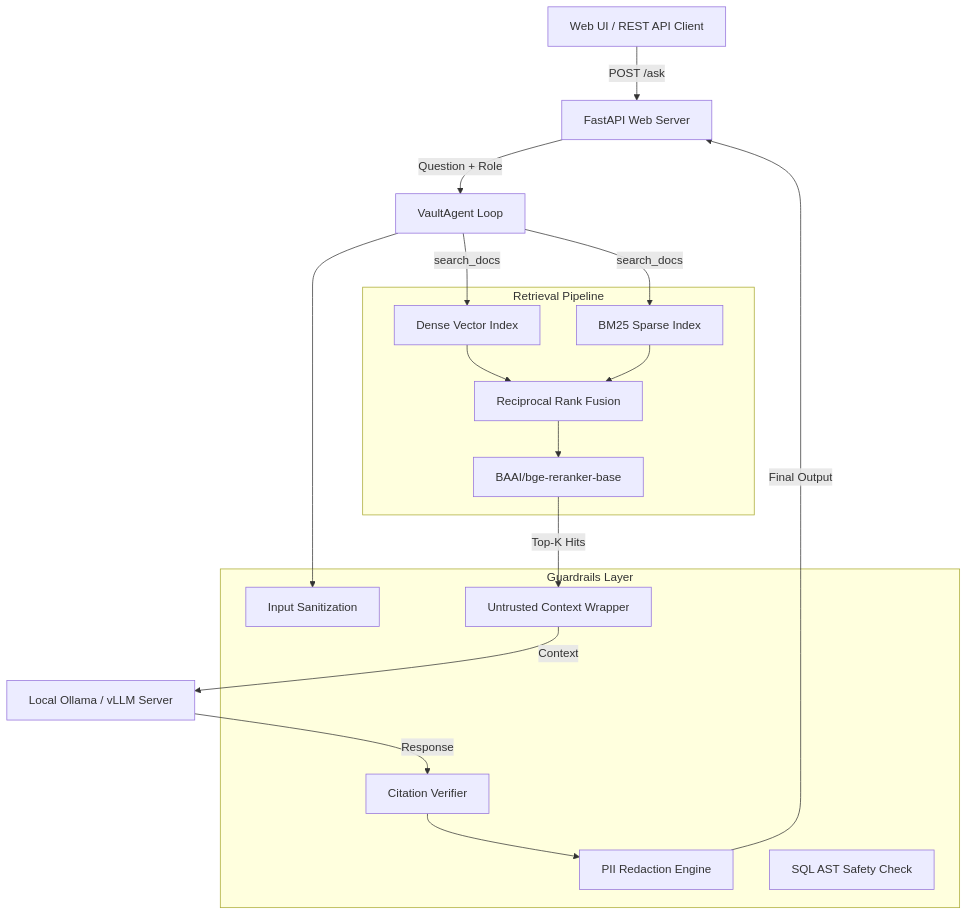
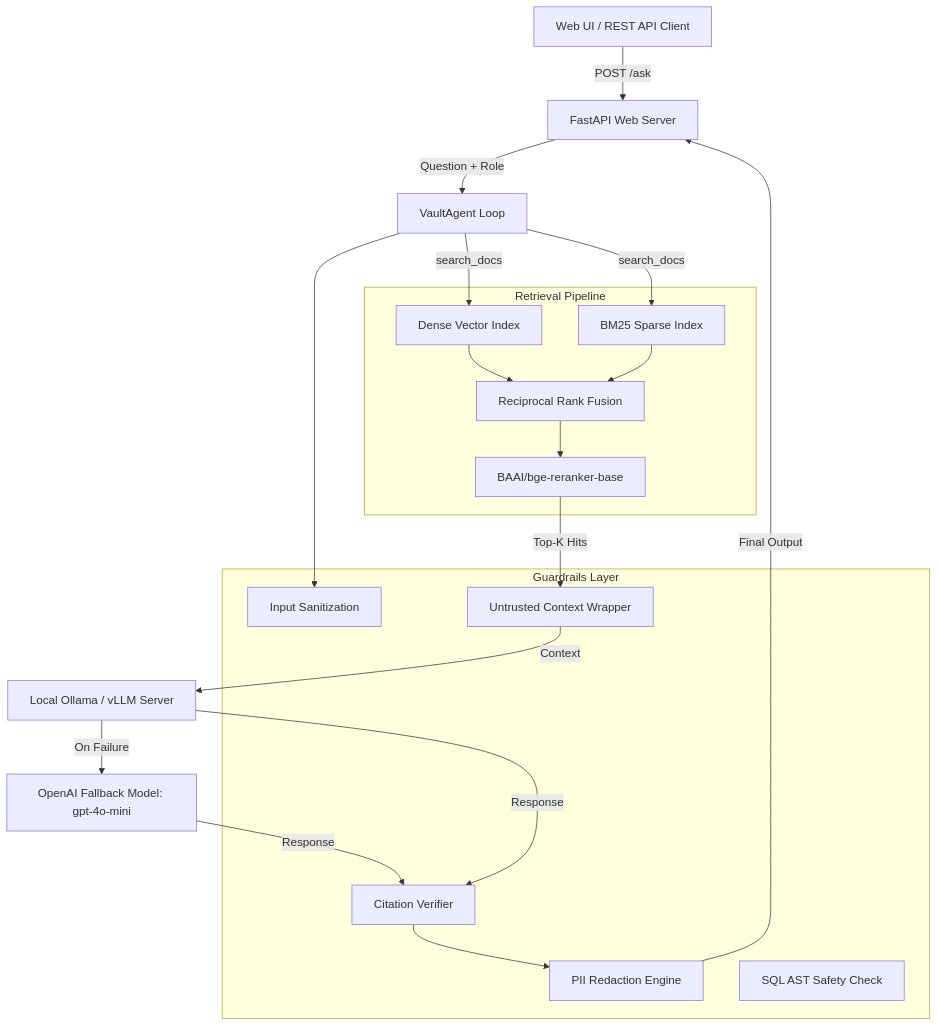
One commit to naakaarafr/Vault-RAG-AI changed the diagram in README.md. Above: the diagram before and after it, drawn with Mermaid. The commit also changed other lines of this file, not shown here.

Commit message:
docs: update README with OpenAI fallback architecture and configuration

````diff
--- a/README.md
+++ b/README.md
@@ -7,32 +7,34 @@
 ```mermaid
 graph TD
     Client[Web UI / REST API Client] -->|POST /ask| API[FastAPI Web Server]
     API -->|Question + Role| Agent[VaultAgent Loop]
     
     subgraph Guardrails Layer
         P1[Input Sanitization]
         P2[PII Redaction Engine]
         P3[SQL AST Safety Check]
         P4[Untrusted Context Wrapper]
         P5[Citation Verifier]
     end
 
     subgraph Retrieval Pipeline
         Dense[Dense Vector Index]
         BM25[BM25 Sparse Index]
         RRF[Reciprocal Rank Fusion]
         Reranker[BAAI/bge-reranker-base]
     end
 
     Agent --> P1
     Agent -->|search_docs| Dense
     Agent -->|search_docs| BM25
     Dense --> RRF
     BM25 --> RRF
     RRF --> Reranker
     Reranker -->|Top-K Hits| P4
     P4 -->|Context| LLM[Local Ollama / vLLM Server]
+    LLM -->|On Failure| Fallback[OpenAI Fallback Model: gpt-4o-mini]
     LLM -->|Response| P5
+    Fallback -->|Response| P5
     P5 --> P2
     P2 -->|Final Output| API
 ```
````
